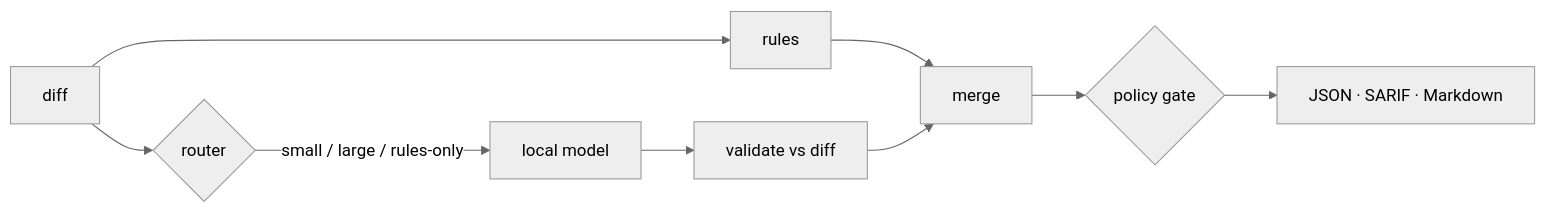
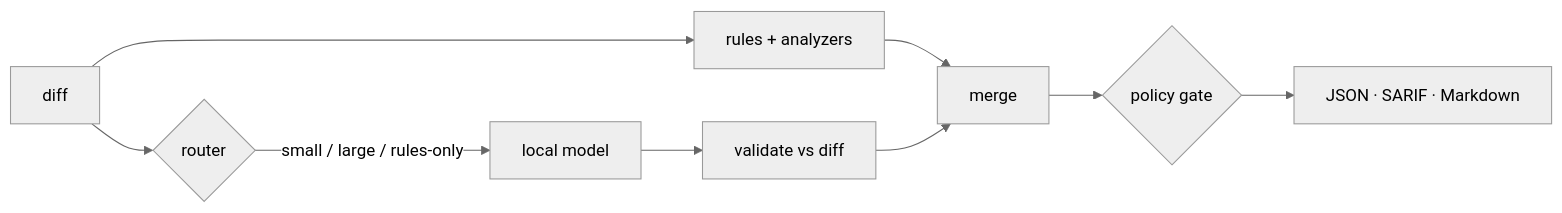
The first of 2 diagrams in README.md (munafsheikh/ai-code-reviewers), drawn with Mermaid (neutral theme) before and after one commit. The commit also changed other lines of this file and 4 other files, not shown here.

````diff
--- a/README.md
+++ b/README.md
@@ -57,6 +61,6 @@
 ```mermaid
 flowchart LR
-  diff[diff] --> rules[rules] --> merge
+  diff[diff] --> rules["rules + analyzers"] --> merge
   diff --> router{router} -->|small / large / rules-only| model[local model] --> parse[validate vs diff] --> merge
   merge --> gate{policy gate} --> out[JSON · SARIF · Markdown]
 ```
````
